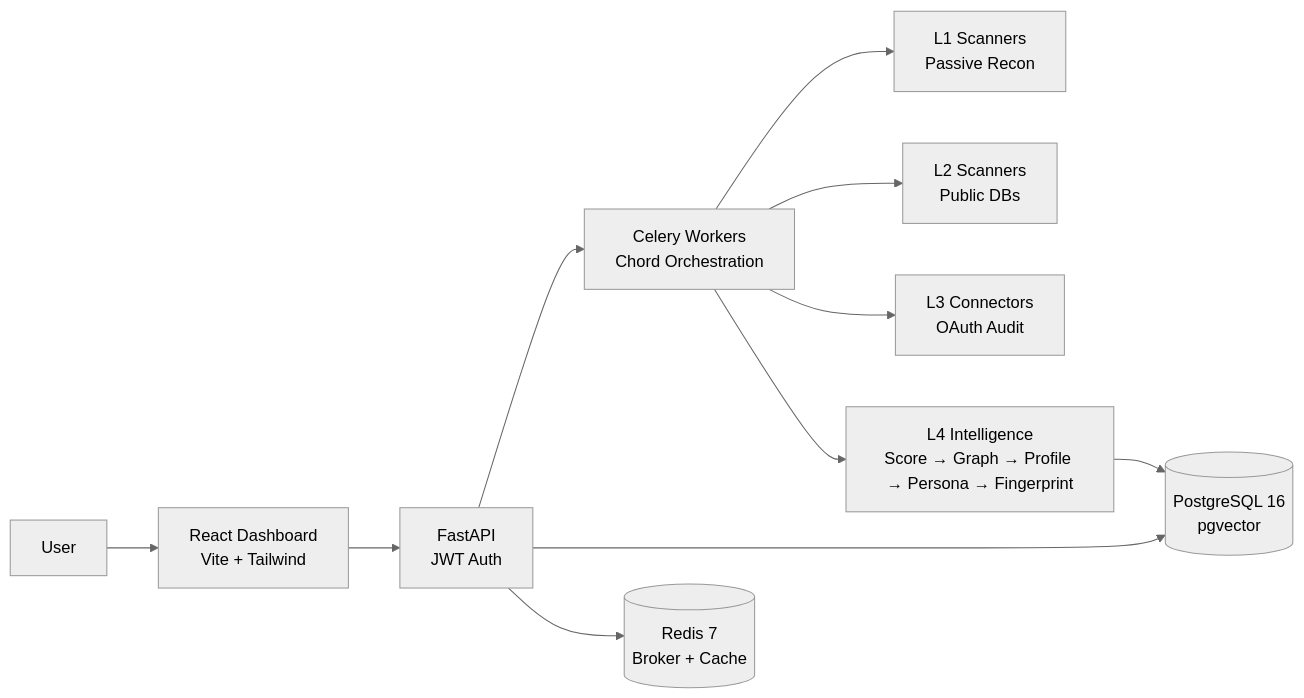
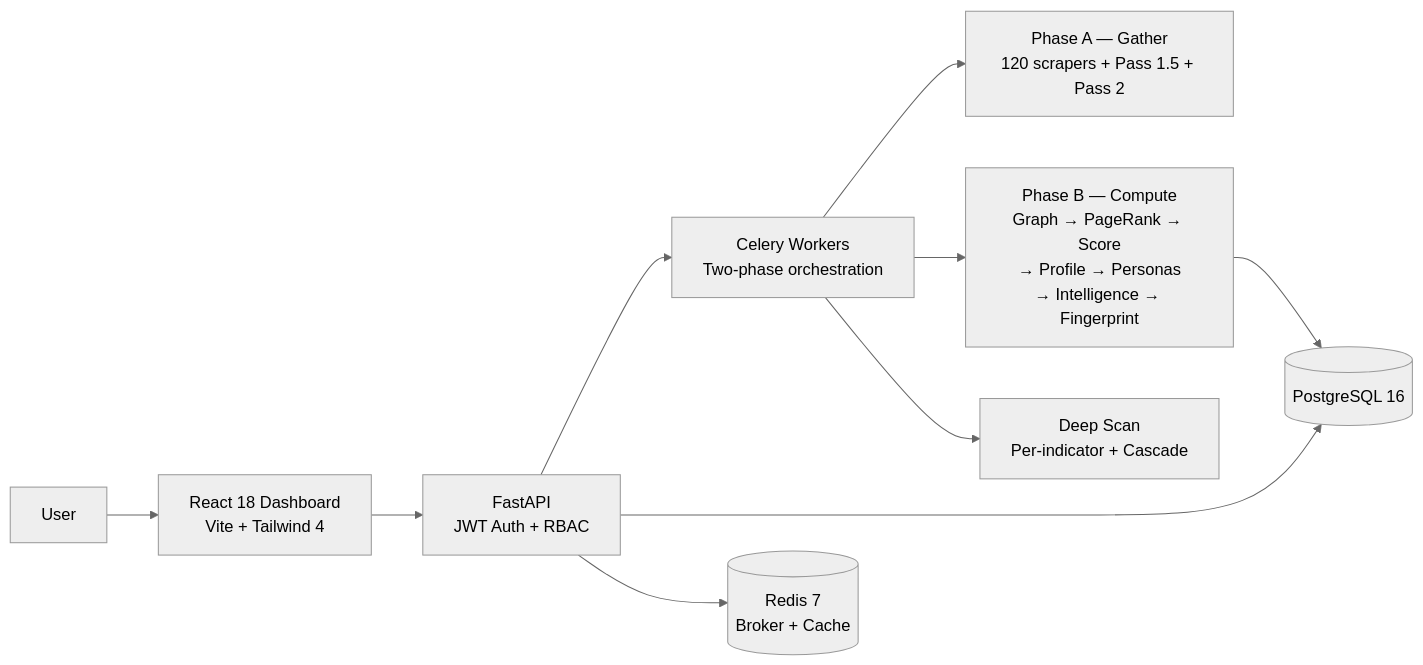
Before and after one commit to nabz0r/xposeTIP: the diagram in README.md, drawn with Mermaid (neutral theme). The commit also changed other lines of this file, not shown here.

````diff
--- a/README.md
+++ b/README.md
@@ -60,13 +115,12 @@
 ```mermaid
 graph LR
-    U[User] --> R[React Dashboard<br/>Vite + Tailwind]
-    R --> A[FastAPI<br/>JWT Auth]
-    A --> C[Celery Workers<br/>Chord Orchestration]
-    A --> PG[(PostgreSQL 16<br/>pgvector)]
+    U[User] --> R[React 18 Dashboard<br/>Vite + Tailwind 4]
+    R --> A[FastAPI<br/>JWT Auth + RBAC]
+    A --> C[Celery Workers<br/>Two-phase orchestration]
+    A --> PG[(PostgreSQL 16)]
     A --> RD[(Redis 7<br/>Broker + Cache)]
-    C --> S1[L1 Scanners<br/>Passive Recon]
-    C --> S2[L2 Scanners<br/>Public DBs]
-    C --> S3[L3 Connectors<br/>OAuth Audit]
-    C --> L4[L4 Intelligence<br/>Score → Graph → Profile → Persona → Fingerprint]
-    L4 --> PG
+    C --> P1[Phase A — Gather<br/>120 scrapers + Pass 1.5 + Pass 2]
+    C --> P2[Phase B — Compute<br/>Graph → PageRank → Score<br/>→ Profile → Personas<br/>→ Intelligence → Fingerprint]
+    P2 --> PG
+    C --> DS[Deep Scan<br/>Per-indicator + Cascade]
 ```
````
